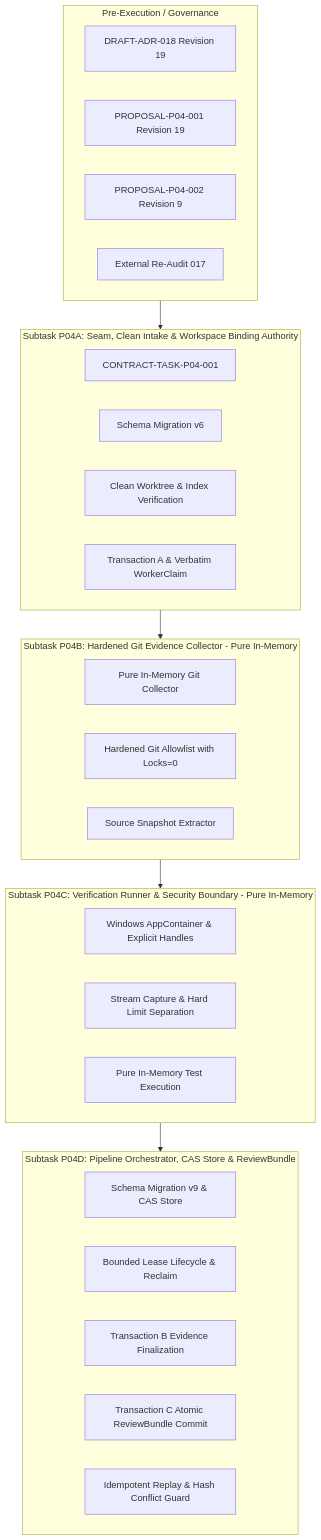
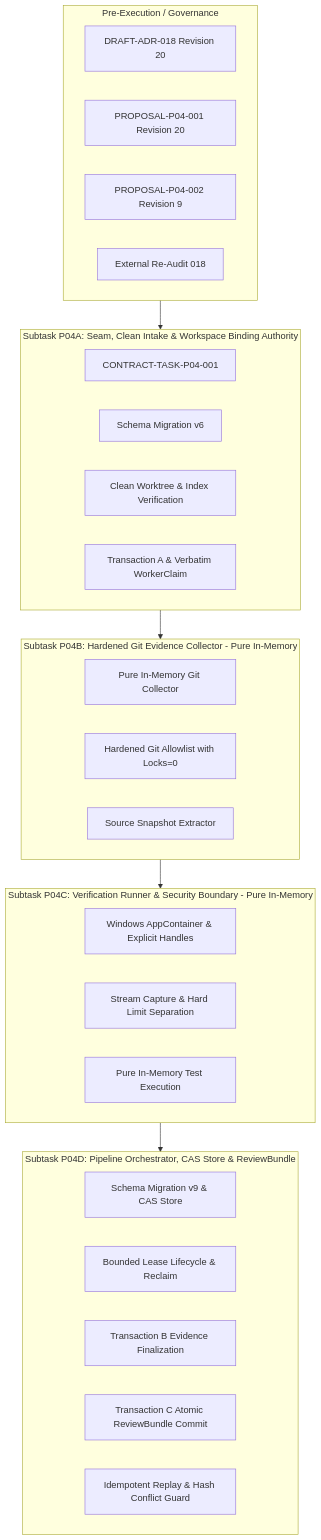
Before and after one commit to trungqwe/ai-supervisor: the diagram in docs/plans/PLAN-P04-EVIDENCE-REVIEW.md, drawn with Mermaid. The commit also changed other lines of this file and 5 other files, not shown here.

Commit message:
docs(p04): remediate architecture finding R19-001 (Revision 20)

````diff
--- a/docs/plans/PLAN-P04-EVIDENCE-REVIEW.md
+++ b/docs/plans/PLAN-P04-EVIDENCE-REVIEW.md
@@ -23,41 +23,41 @@
 ```mermaid
 flowchart TD
     subgraph PreExecution [Pre-Execution / Governance]
-        ADR18[DRAFT-ADR-018 Revision 19]
-        PROP1[PROPOSAL-P04-001 Revision 19]
+        ADR18[DRAFT-ADR-018 Revision 20]
+        PROP1[PROPOSAL-P04-001 Revision 20]
         PROP2[PROPOSAL-P04-002 Revision 9]
-        Audit017[External Re-Audit 017]
+        Audit018[External Re-Audit 018]
     end
 
     subgraph P04A [Subtask P04A: Seam, Clean Intake & Workspace Binding Authority]
         P04A_Contract[CONTRACT-TASK-P04-001]
         P04A_Mig[Schema Migration v6]
         P04A_Clean[Clean Worktree & Index Verification]
         P04A_Intake[Transaction A & Verbatim WorkerClaim]
     end
 
     subgraph P04B [Subtask P04B: Hardened Git Evidence Collector - Pure In-Memory]
         P04B_Collector[Pure In-Memory Git Collector]
         P04B_Allowlist[Hardened Git Allowlist with Locks=0]
         P04B_Snapshot[Source Snapshot Extractor]
     end
 
     subgraph P04C [Subtask P04C: Verification Runner & Security Boundary - Pure In-Memory]
         P04C_Sandbox[Windows AppContainer & Explicit Handles]
         P04C_Stream[Stream Capture & Hard Limit Separation]
         P04C_Execution[Pure In-Memory Test Execution]
     end
 
     subgraph P04D [Subtask P04D: Pipeline Orchestrator, CAS Store & ReviewBundle]
         P04D_Mig[Schema Migration v9 & CAS Store]
         P04D_Lease[Bounded Lease Lifecycle & Reclaim]
         P04D_TxB[Transaction B Evidence Finalization]
         P04D_TxC[Transaction C Atomic ReviewBundle Commit]
         P04D_Replay[Idempotent Replay & Hash Conflict Guard]
     end
 
     PreExecution --> P04A
     P04A --> P04B
     P04B --> P04C
     P04C --> P04D
 ```
````
